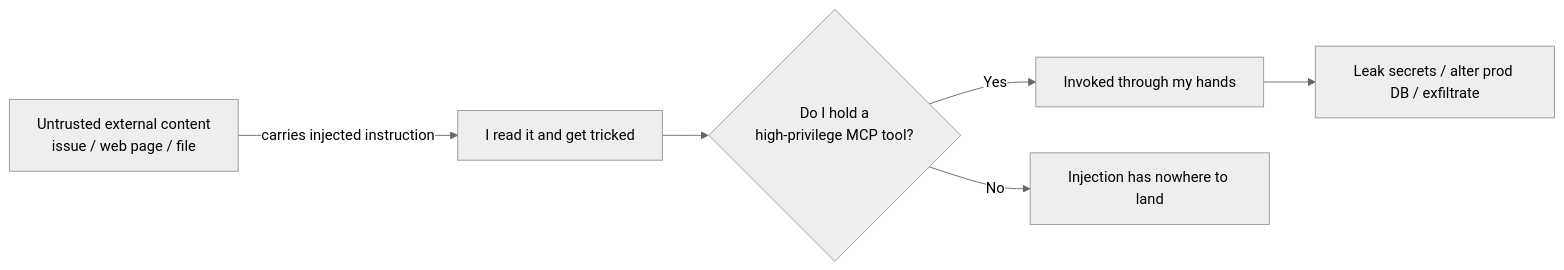
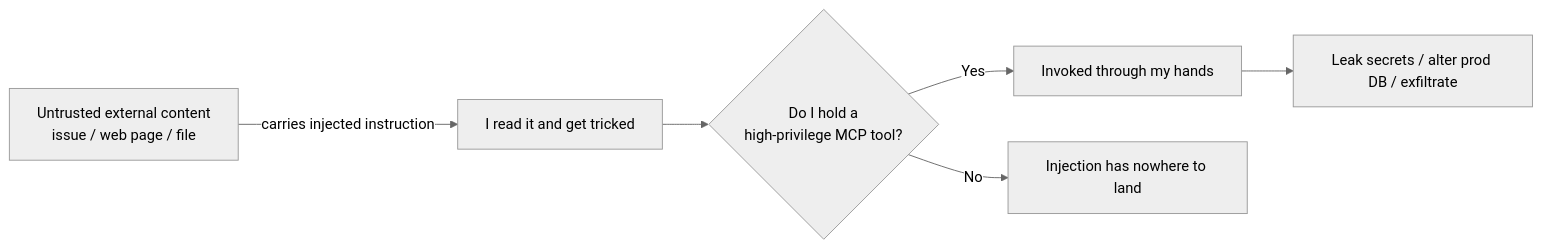
One commit to XuebinMa/AIWiki changed the diagram in i18n/en/docusaurus-plugin-content-docs/current/00-setup-collaboration/mcp-over-access.mdx. Above: the diagram before and after it, drawn with Mermaid (neutral theme). The commit also changed 99 other files, not shown here.

First line of the commit message:
fix(mermaid): 全局根治节点文字裁切（htmlLabels:false + 清理 br/nbsp 占位）(#26)

````diff
--- a/i18n/en/docusaurus-plugin-content-docs/current/00-setup-collaboration/mcp-over-access.mdx
+++ b/i18n/en/docusaurus-plugin-content-docs/current/00-setup-collaboration/mcp-over-access.mdx
@@ -46,8 +46,8 @@
 ```mermaid
 flowchart LR
     A[Untrusted external content<br/>issue / web page / file] -->|carries injected instruction| B[I read it and get tricked]
-    B --> C{Do I hold a<br/>high-privilege MCP tool?<br/>&nbsp;}
+    B --> C{Do I hold a<br/>high-privilege MCP tool?}
     C -->|Yes| D[Invoked through my hands]
     C -->|No| E[Injection has nowhere to land]
     D --> F[Leak secrets / alter prod DB / exfiltrate]
 ```
````
